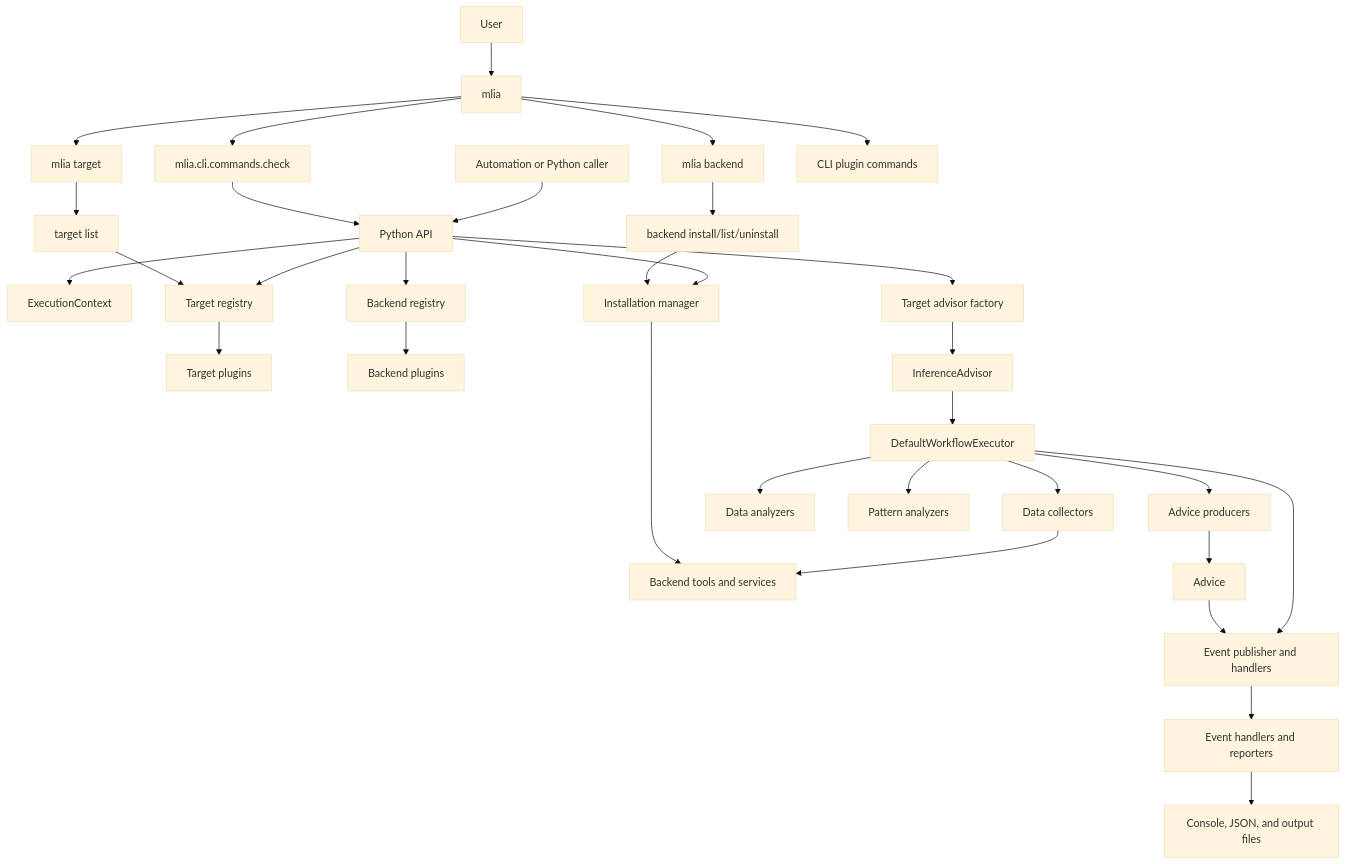
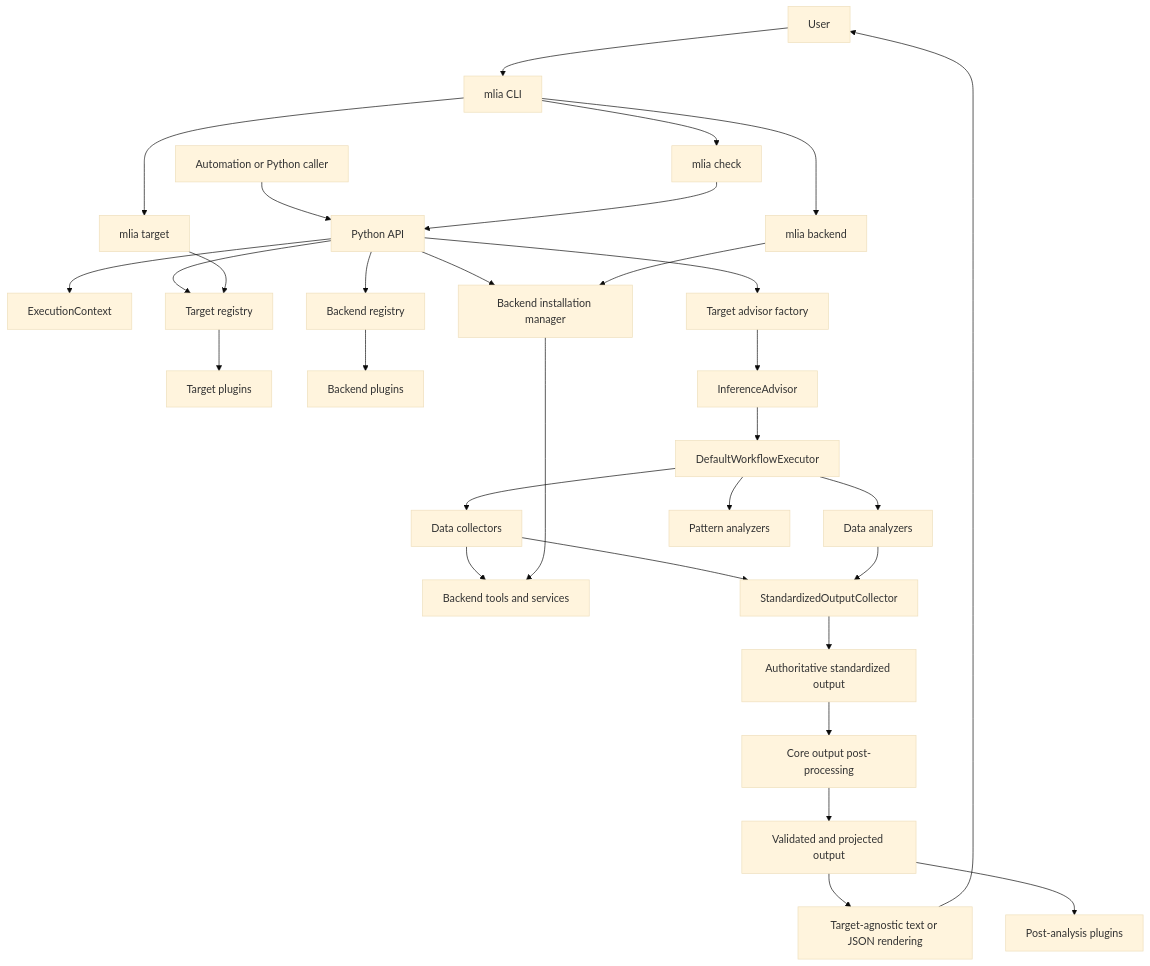
The diagram in docs/source/high_level_architecture.md (arm/mlia), drawn with Mermaid (base theme) before and after one commit. The commit also changed other lines of this file and 15 other files, not shown here.

````diff
--- a/docs/source/high_level_architecture.md
+++ b/docs/source/high_level_architecture.md
@@ -19,40 +20,40 @@
 ```mermaid
 graph TD
-    user[User] --> mainCli[mlia]
+    user[User] --> mainCli[mlia CLI]
     automation[Automation or Python caller] --> api[Python API]
 
-    mainCli --> checkCommand[mlia.cli.commands.check]
-    mainCli --> backendCli[mlia backend]
-    mainCli --> targetCli[mlia target]
-    mainCli --> cliPlugins[CLI plugin commands]
+    mainCli --> checkCommand[mlia check]
+    mainCli --> backendCommands[mlia backend]
+    mainCli --> targetCommands[mlia target]
     checkCommand --> api
-
-    backendCli --> backendCommands[backend install/list/uninstall]
-    targetCli --> targetCommands[target list]
 
     api --> context[ExecutionContext]
     api --> targetRegistry[Target registry]
     api --> backendRegistry[Backend registry]
-    api --> backendManager[Installation manager]
+    api --> backendManager[Backend installation manager]
     api --> advisorFactory[Target advisor factory]
 
     targetRegistry --> targetPlugins[Target plugins]
     backendRegistry --> backendPlugins[Backend plugins]
     advisorFactory --> advisor[InferenceAdvisor]
 
     advisor --> workflow[DefaultWorkflowExecutor]
     workflow --> collectors[Data collectors]
     workflow --> analyzers[Data analyzers]
     workflow --> patterns[Pattern analyzers]
-    workflow --> producers[Advice producers]
-    workflow --> events[Event publisher and handlers]
-
     collectors --> backends[Backend tools and services]
     backendManager --> backends
+
+    collectors --> outputCollector[StandardizedOutputCollector]
+    analyzers --> outputCollector
+    outputCollector --> authoritative[Authoritative standardized output]
+    authoritative --> postprocess[Core output post-processing]
+    postprocess --> processed[Validated and projected output]
+
+    processed --> renderer[Target-agnostic text or JSON rendering]
+    renderer --> user
+    processed --> analysisPlugins[Post-analysis plugins]
+
     backendCommands --> backendManager
     targetCommands --> targetRegistry
-    producers --> advice[Advice]
-    advice --> events
-    events --> handlers[Event handlers and reporters]
-    handlers --> reports[Console, JSON, and output files]
 ```
````
